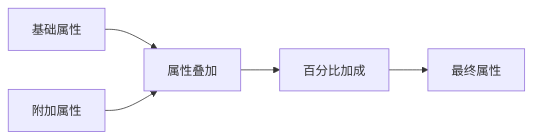
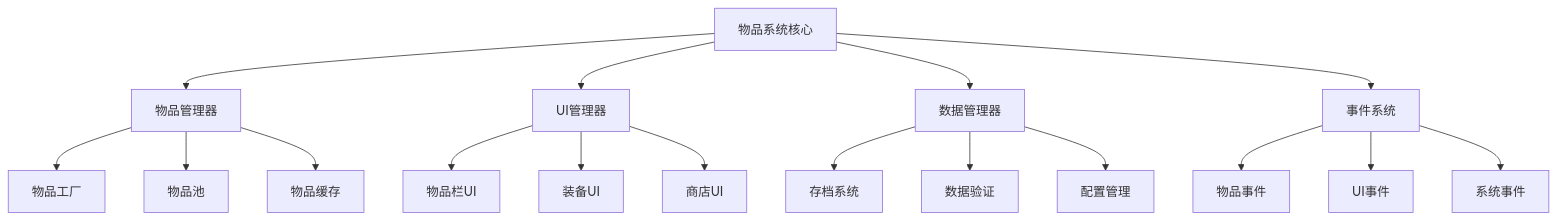
One commit to Whatfff/SimpleUnityInventorySystem changed the first of 8 diagrams in Scripts/Assets/Documentation/InventorySystem.md. Above: the diagram before and after it, drawn with Mermaid. The commit also changed other lines of this file and 1 other file, not shown here.

````diff
--- a/Scripts/Assets/Documentation/InventorySystem.md
+++ b/Scripts/Assets/Documentation/InventorySystem.md
@@ -250,7 +26,23 @@
 ```mermaid
-flowchart LR
-    A[基础属性] --> D[属性叠加]
-    B[附加属性] --> D
-    D --> E[百分比加成]
-    E --> F[最终属性]
+graph TD
+    A[物品系统核心] --> B[物品管理器]
+    A --> C[UI管理器]
+    A --> D[数据管理器]
+    A --> E[事件系统]
+    
+    B --> B1[物品工厂]
+    B --> B2[物品池]
+    B --> B3[物品缓存]
+    
+    C --> C1[物品栏UI]
+    C --> C2[装备UI]
+    C --> C3[商店UI]
+    
+    D --> D1[存档系统]
+    D --> D2[数据验证]
+    D --> D3[配置管理]
+    
+    E --> E1[物品事件]
+    E --> E2[UI事件]
+    E --> E3[系统事件]
 ```
````
